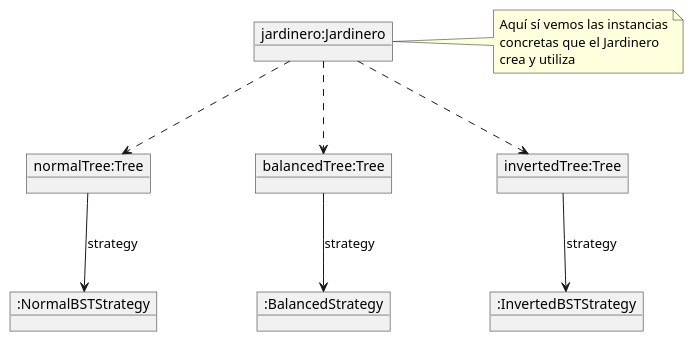
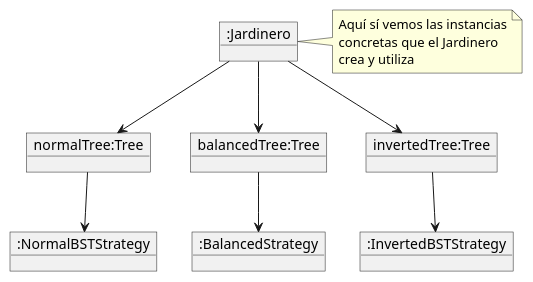
One commit to mmasias/24-25-EDA1 changed the diagram in modelosUML/DdO-EstrategiasComoInterfaces-EI.puml. Above: the diagram before and after it, drawn with PlantUML. The commit also changed 7 other files, not shown here.

Commit message:
Ajustes en diagramas, para mejorar la claridad

```diff
--- a/modelosUML/DdO-EstrategiasComoInterfaces-EI.puml
+++ b/modelosUML/DdO-EstrategiasComoInterfaces-EI.puml
@@ -1,29 +1,25 @@
 @startuml
-skinparam objectAttributeIconSize 0
-skinparam nodesep 100
-skinparam ranksep 80
+object ":Jardinero" as jardinero
 
-object "jardinero:Jardinero" as jardinero
-
-object "normalTree:Tree" as tree1 
+object "normalTree:Tree" as tree1
 object "balancedTree:Tree" as tree2
 object "invertedTree:Tree" as tree3
 
 object ":NormalBSTStrategy" as strat1
 object ":BalancedStrategy" as strat2
 object ":InvertedBSTStrategy" as strat3
 
-jardinero ..> tree1
-jardinero ..> tree2
-jardinero ..> tree3
+jardinero --> tree1
+jardinero --> tree2
+jardinero --> tree3
 
-tree1 --> strat1 : strategy
-tree2 --> strat2 : strategy
-tree3 --> strat3 : strategy
+tree1 --> strat1
+tree2 --> strat2
+tree3 --> strat3
 
 note right of jardinero
   Aquí sí vemos las instancias
   concretas que el Jardinero
   crea y utiliza
 end note
 @enduml
```
